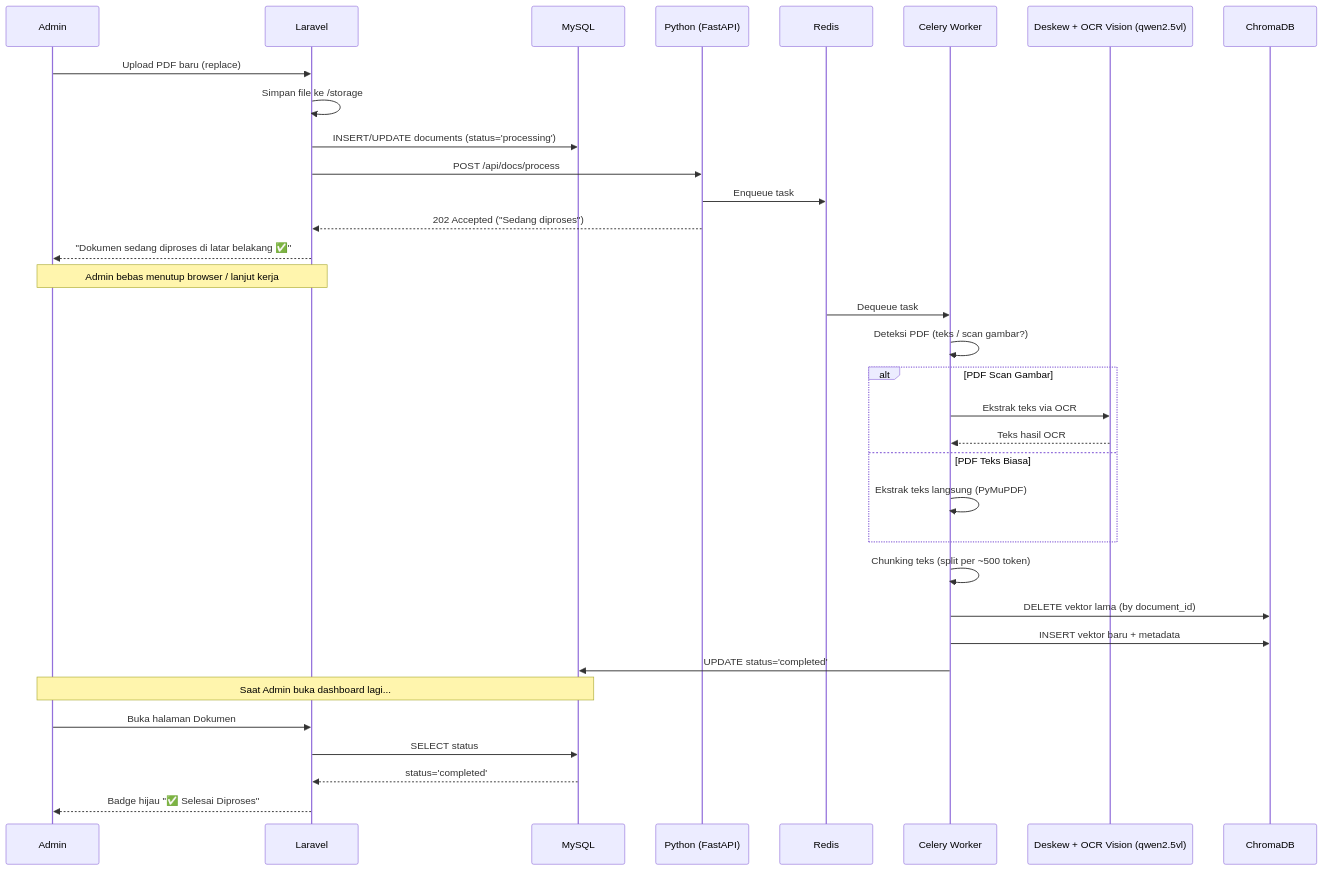
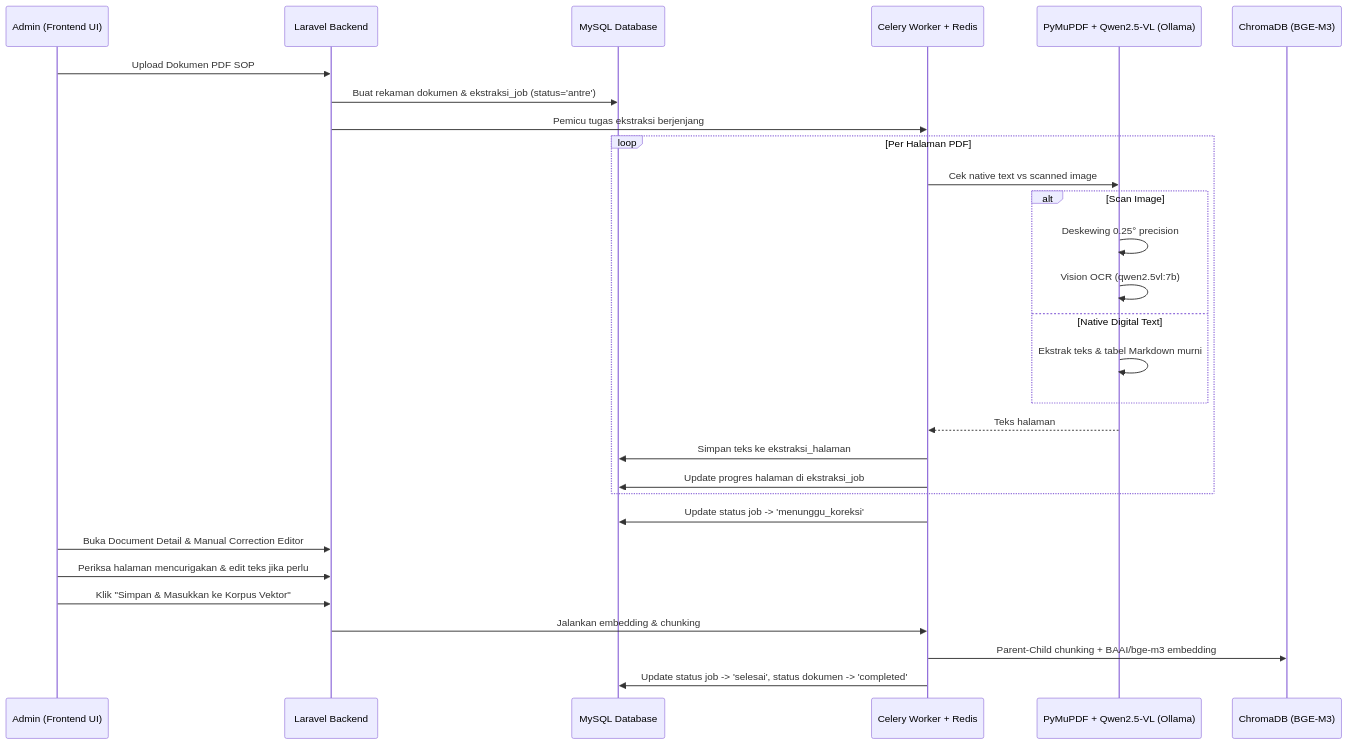
The second of 4 diagrams in docs/02-arsitektur_sistem_agentic_copilot.md (nftxvn/agentic-chatbot), drawn with Mermaid before and after one commit. The commit also changed other lines of this file and 127 other files, not shown here.

Commit message:
feat(integration): perbarui arsitektur Central RAG Hub, Public API Gateway, ekstraksi bertahap, telemetri, dan dokumentasi

````diff
--- a/docs/02-arsitektur_sistem_agentic_copilot.md
+++ b/docs/02-arsitektur_sistem_agentic_copilot.md
@@ -86,42 +94,34 @@
 ```mermaid
 sequenceDiagram
-    participant Admin
-    participant Laravel
-    participant MySQL
-    participant FastAPI as Python (FastAPI)
-    participant Redis
-    participant Celery as Celery Worker
-    participant OCR as Deskew + OCR Vision (qwen2.5vl)
-    participant ChromaDB
+    participant Admin as Admin (Frontend UI)
+    participant Laravel as Laravel Backend
+    participant MySQL as MySQL Database
+    participant Celery as Celery Worker + Redis
+    participant Vision as PyMuPDF + Qwen2.5-VL (Ollama)
+    participant Chroma as ChromaDB (BGE-M3)
 
-    Admin->>Laravel: Upload PDF baru (replace)
-    Laravel->>Laravel: Simpan file ke /storage
-    Laravel->>MySQL: INSERT/UPDATE documents (status='processing')
-    Laravel->>FastAPI: POST /api/docs/process
-    FastAPI->>Redis: Enqueue task
-    FastAPI-->>Laravel: 202 Accepted ("Sedang diproses")
-    Laravel-->>Admin: "Dokumen sedang diproses di latar belakang ✅"
-
-    Note over Admin,Laravel: Admin bebas menutup browser / lanjut kerja
-
-    Redis->>Celery: Dequeue task
-    Celery->>Celery: Deteksi PDF (teks / scan gambar?)
-
-    alt PDF Scan Gambar
-        Celery->>OCR: Ekstrak teks via OCR
-        OCR-->>Celery: Teks hasil OCR
-    else PDF Teks Biasa
-        Celery->>Celery: Ekstrak teks langsung (PyMuPDF)
+    Admin->>Laravel: Upload Dokumen PDF SOP
+    Laravel->>MySQL: Buat rekaman dokumen & ekstraksi_job (status='antre')
+    Laravel->>Celery: Pemicu tugas ekstraksi berjenjang
+    
+    loop Per Halaman PDF
+        Celery->>Vision: Cek native text vs scanned image
+        alt Scan Image
+            Vision->>Vision: Deskewing 0.25° precision
+            Vision->>Vision: Vision OCR (qwen2.5vl:7b)
+        else Native Digital Text
+            Vision->>Vision: Ekstrak teks & tabel Markdown murni
+        end
+        Vision-->>Celery: Teks halaman
+        Celery->>MySQL: Simpan teks ke ekstraksi_halaman
+        Celery->>MySQL: Update progres halaman di ekstraksi_job
     end
 
-    Celery->>Celery: Chunking teks (split per ~500 token)
-    Celery->>ChromaDB: DELETE vektor lama (by document_id)
-    Celery->>ChromaDB: INSERT vektor baru + metadata
-    Celery->>MySQL: UPDATE status='completed'
-
-    Note over Admin,MySQL: Saat Admin buka dashboard lagi...
-    Admin->>Laravel: Buka halaman Dokumen
-    Laravel->>MySQL: SELECT status
-    MySQL-->>Laravel: status='completed'
-    Laravel-->>Admin: Badge hijau "✅ Selesai Diproses"
+    Celery->>MySQL: Update status job -> 'menunggu_koreksi'
+    Admin->>Laravel: Buka Document Detail & Manual Correction Editor
+    Admin->>Laravel: Periksa halaman mencurigakan & edit teks jika perlu
+    Admin->>Laravel: Klik "Simpan & Masukkan ke Korpus Vektor"
+    Laravel->>Celery: Jalankan embedding & chunking
+    Celery->>Chroma: Parent-Child chunking + BAAI/bge-m3 embedding
+    Celery->>MySQL: Update status job -> 'selesai', status dokumen -> 'completed'
 ```
````
